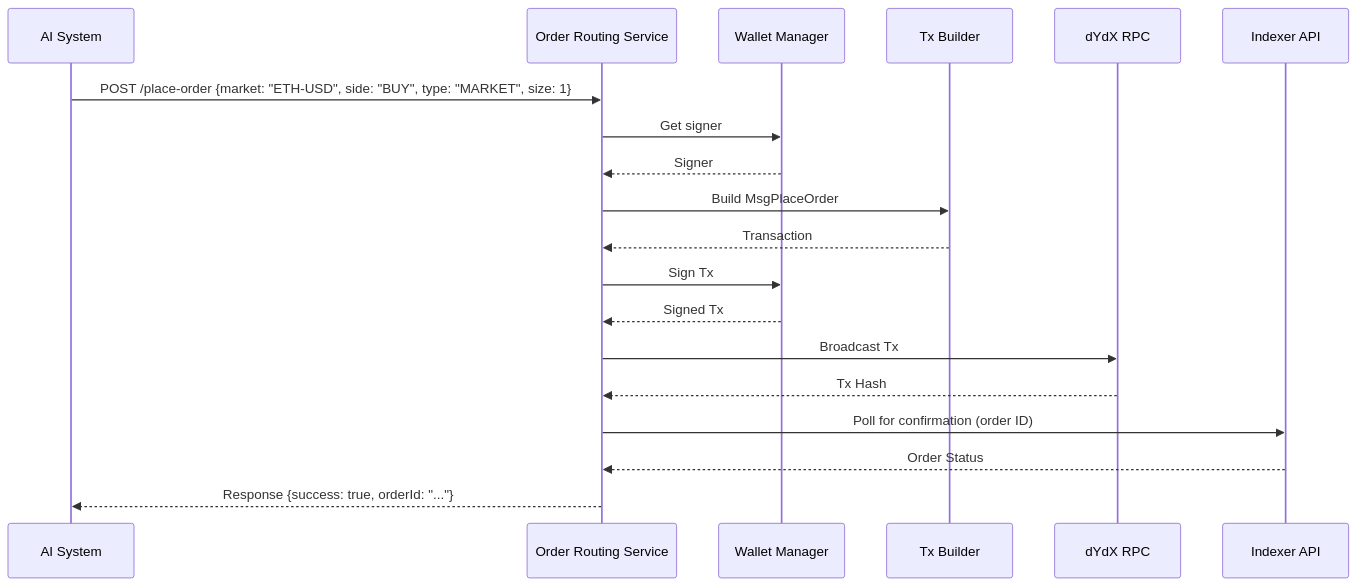
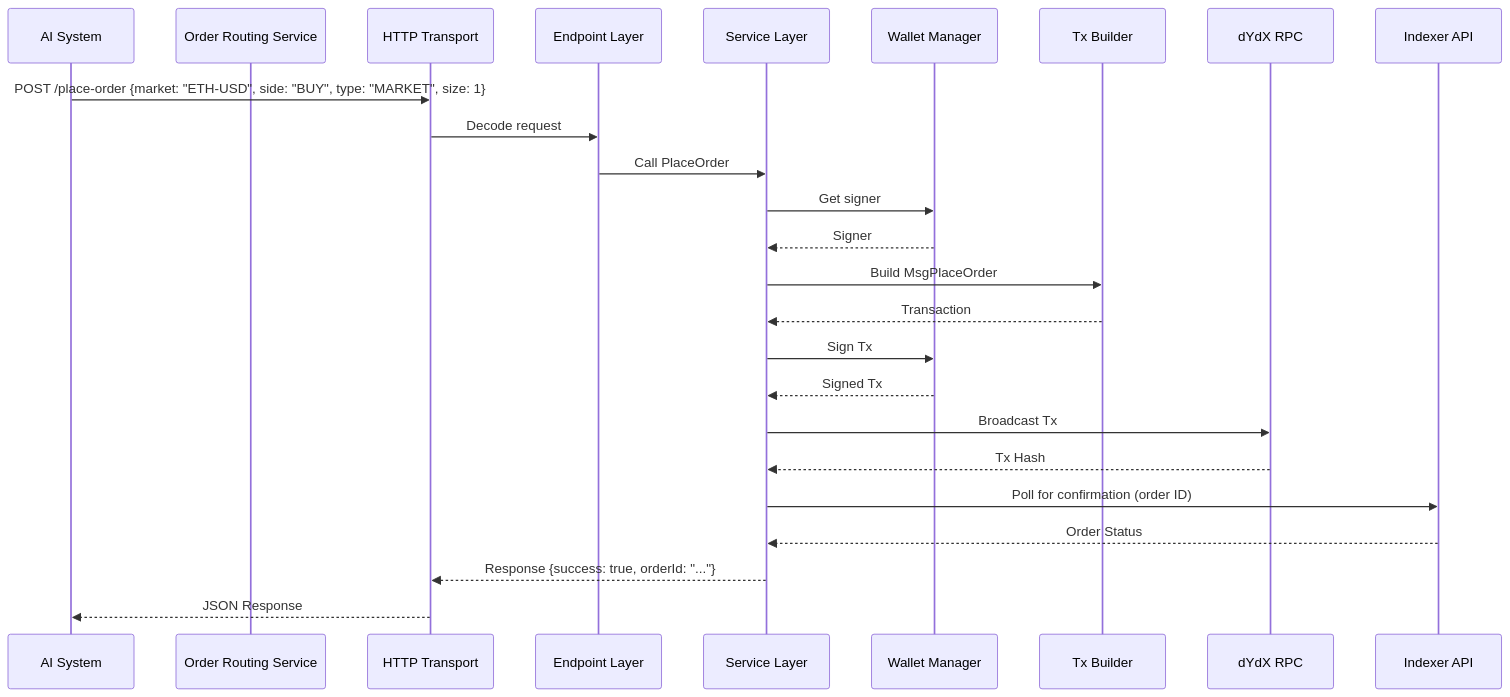
The second of 2 diagrams in docs/rfc_order_routing_service_for_dYdX.md (Ruscigno/CryptoPulse), drawn with Mermaid before and after one commit. The commit also changed other lines of this file and 53 other files, not shown here.

First line of the commit message:
feat: implement dYdX Order Routing Service MVP

````diff
--- a/docs/rfc_order_routing_service_for_dYdX.md
+++ b/docs/rfc_order_routing_service_for_dYdX.md
@@ -80,22 +156,28 @@
 ```mermaid
 sequenceDiagram
     participant AI as AI System
     participant Service as Order Routing Service
+    participant HTTP as HTTP Transport
+    participant Endpoint as Endpoint Layer
+    participant Svc as Service Layer
     participant Wallet as Wallet Manager
-    participant TxBuilder as Tx Builder
+    participant Tx as Tx Builder
     participant RPC as dYdX RPC
     participant Indexer as Indexer API
 
-    AI->>Service: POST /place-order {market: "ETH-USD", side: "BUY", type: "MARKET", size: 1}
-    Service->>Wallet: Get signer
-    Wallet-->>Service: Signer
-    Service->>TxBuilder: Build MsgPlaceOrder
-    TxBuilder-->>Service: Transaction
-    Service->>Wallet: Sign Tx
-    Wallet-->>Service: Signed Tx
-    Service->>RPC: Broadcast Tx
-    RPC-->>Service: Tx Hash
-    Service->>Indexer: Poll for confirmation (order ID)
-    Indexer-->>Service: Order Status
-    Service-->>AI: Response {success: true, orderId: "..."}
+    AI->>HTTP: POST /place-order {market: "ETH-USD", side: "BUY", type: "MARKET", size: 1}
+    HTTP->>Endpoint: Decode request
+    Endpoint->>Svc: Call PlaceOrder
+    Svc->>Wallet: Get signer
+    Wallet-->>Svc: Signer
+    Svc->>Tx: Build MsgPlaceOrder
+    Tx-->>Svc: Transaction
+    Svc->>Wallet: Sign Tx
+    Wallet-->>Svc: Signed Tx
+    Svc->>RPC: Broadcast Tx
+    RPC-->>Svc: Tx Hash
+    Svc->>Indexer: Poll for confirmation (order ID)
+    Indexer-->>Svc: Order Status
+    Svc-->>HTTP: Response {success: true, orderId: "..."}
+    HTTP-->>AI: JSON Response
 ```
````
